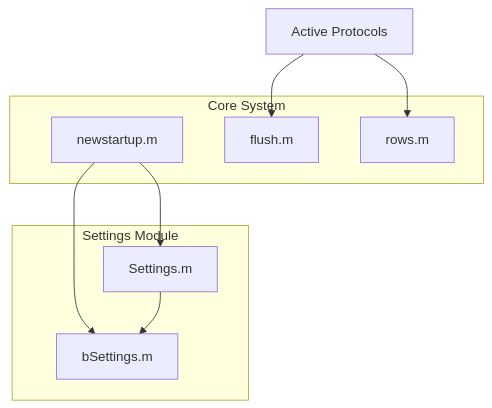
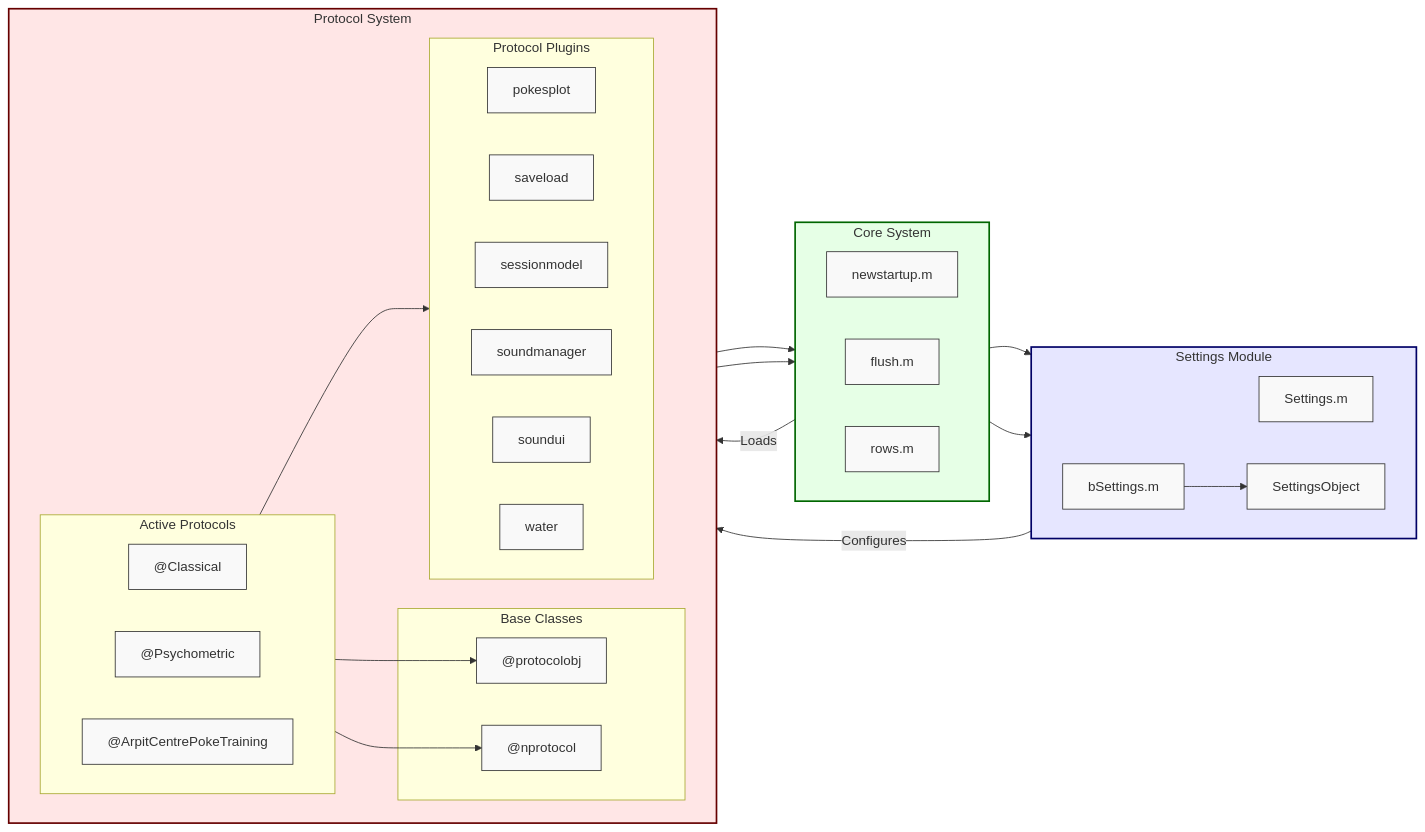
Before and after one commit to LIMLabSWC/ratter: the first of 3 diagrams in docs/architecture/system-architecture.md, drawn with Mermaid. The commit also changed other lines of this file and 1 other file, not shown here.

Commit message:
update architecture graphs

````diff
--- a/docs/architecture/system-architecture.md
+++ b/docs/architecture/system-architecture.md
@@ -9,21 +9,68 @@
 ```mermaid
-graph TD
+graph LR
+    %% Core System Components
     subgraph Core ["Core System"]
-        NS[newstartup.m]
-        F[flush.m]
-        R[rows.m]
+        direction LR
+        NS["newstartup.m"]
+        F["flush.m"]
+        R["rows.m"]
     end
 
     subgraph Settings ["Settings Module"]
-        SM[Settings.m]
-        BS[bSettings.m]
+        direction LR
+        SM["Settings.m"]
+        BS["bSettings.m"]
+        SC["SettingsObject"]
     end
 
+    subgraph Protocols ["Protocol System"]
+        direction LR
+        subgraph Base ["Base Classes"]
+            PO["@protocolobj"]
+            NP["@nprotocol"]
+        end
+        
+        subgraph Active ["Active Protocols"]
+            direction LR
+            CL["@Classical"]
+            PS["@Psychometric"]
+            AC["@ArpitCentrePokeTraining"]
+        end
+        
+        subgraph Plugins ["Protocol Plugins"]
+            direction LR
+            PP["pokesplot"]
+            SL["saveload"]
+            SM2["sessionmodel"]
+            SW["soundmanager"]
+            SU["soundui"]
+            WA["water"]
+        end
+    end
+
+    %% Relationships
     NS --> SM
     NS --> BS
-    SM --> BS
+    BS --> SC
+    
+    %% Protocol relationships
+    Active --> PO
+    Active --> NP
+    Active --> Plugins
+    Active --> F
+    Active --> R
 
-    %% Protocol relationships
-    P[Active Protocols] --> F
-    P --> R
+    %% Module relationships
+    NS --> |"Loads"| Protocols
+    SM --> |"Configures"| Protocols
+
+    %% Style
+    classDef default fill:#f9f9f9,stroke:#333,stroke-width:1px;
+    classDef core fill:#e6ffe6,stroke:#060,stroke-width:2px;
+    classDef settings fill:#e6e6ff,stroke:#006,stroke-width:2px;
+    classDef protocols fill:#ffe6e6,stroke:#600,stroke-width:2px;
+    
+    class Core core;
+    class Settings settings;
+    class Protocols protocols;
 ```
````
